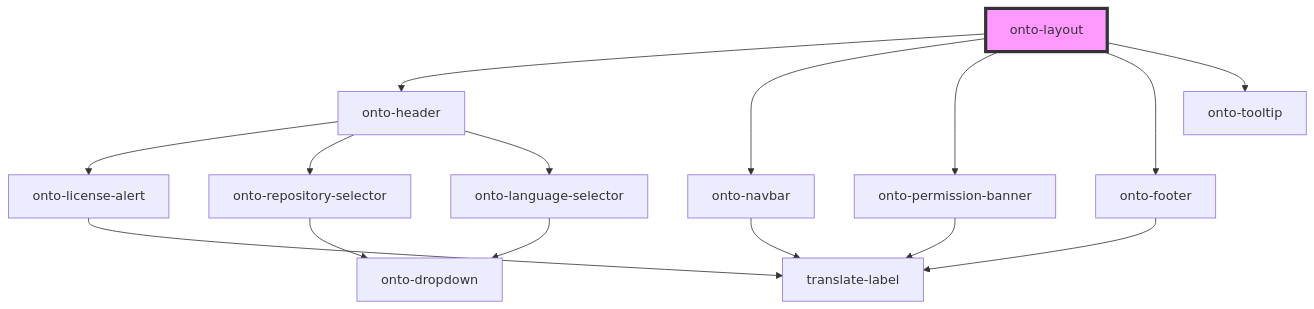
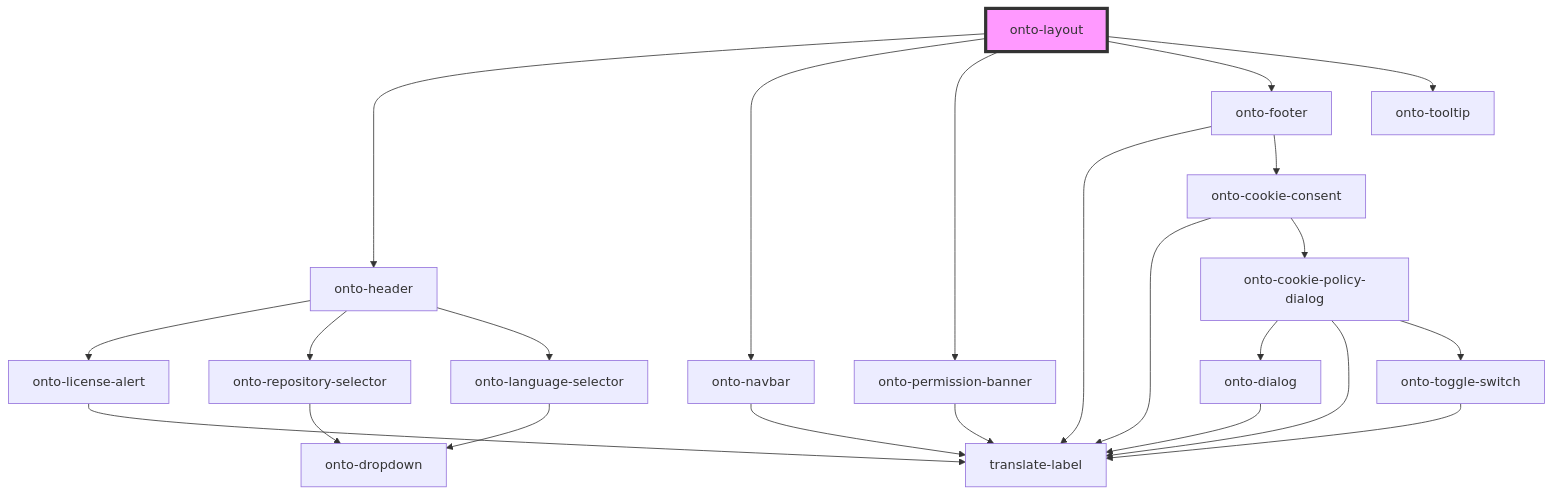
Before and after one commit to Ontotext-AD/graphdb-workbench: the diagram in packages/shared-components/src/components/onto-layout/readme.md, drawn with Mermaid. The commit also changed 65 other files, not shown here.

First line of the commit message:
GDB-11320 Implement cookie consent component

````diff
--- a/packages/shared-components/src/components/onto-layout/readme.md
+++ b/packages/shared-components/src/components/onto-layout/readme.md
@@ -19,18 +19,26 @@
 ```mermaid
 graph TD;
   onto-layout --> onto-header
   onto-layout --> onto-navbar
   onto-layout --> onto-permission-banner
   onto-layout --> onto-footer
   onto-layout --> onto-tooltip
   onto-header --> onto-license-alert
   onto-header --> onto-repository-selector
   onto-header --> onto-language-selector
   onto-license-alert --> translate-label
   onto-repository-selector --> onto-dropdown
   onto-language-selector --> onto-dropdown
   onto-navbar --> translate-label
   onto-permission-banner --> translate-label
   onto-footer --> translate-label
+  onto-footer --> onto-cookie-consent
+  onto-cookie-consent --> translate-label
+  onto-cookie-consent --> onto-cookie-policy-dialog
+  onto-cookie-policy-dialog --> onto-dialog
+  onto-cookie-policy-dialog --> translate-label
+  onto-cookie-policy-dialog --> onto-toggle-switch
+  onto-dialog --> translate-label
+  onto-toggle-switch --> translate-label
   style onto-layout fill:#f9f,stroke:#333,stroke-width:4px
 ```
````
